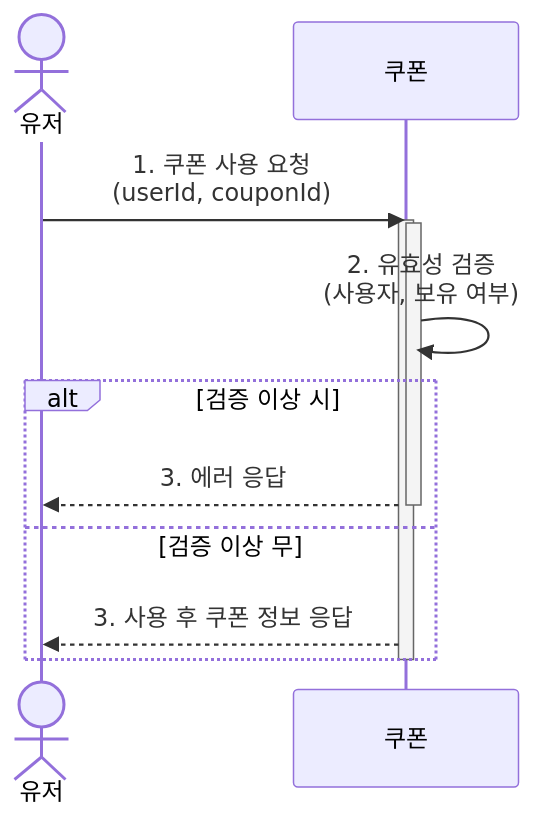
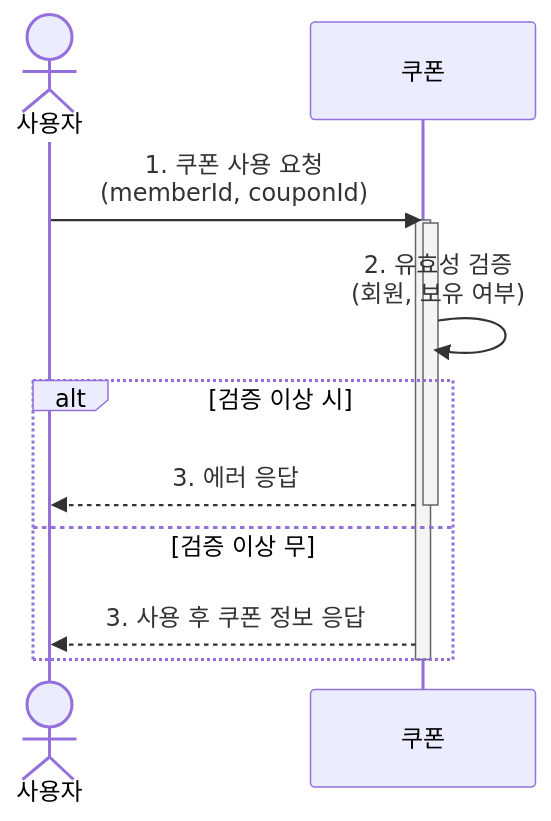
One commit to psyoongsc/hhplus-ts-server changed diagram 11 of 15 in docs/sequence_diagram.md. Above: the diagram before and after it, drawn with Mermaid. The commit also changed other lines of this file, not shown here.

````diff
--- a/docs/sequence_diagram.md
+++ b/docs/sequence_diagram.md
@@ -215,20 +215,20 @@
         ```mermaid
         sequenceDiagram
-        	actor User as 유저
+        	actor User as 사용자
         	participant Coupon as 쿠폰
         
-            User->>Coupon: 1. 쿠폰 사용 요청<br/>(userId, couponId)
+            User->>Coupon: 1. 쿠폰 사용 요청<br/>(memberId, couponId)
             Activate Coupon
         
             Activate Coupon
-            Coupon->>Coupon: 2. 유효성 검증<br/>(사용자, 보유 여부)
+            Coupon->>Coupon: 2. 유효성 검증<br/>(회원, 보유 여부)
         
             alt 검증 이상 시
                 Coupon-->>User: 3. 에러 응답
             Deactivate Coupon
             else 검증 이상 무
                 Coupon-->>User: 3. 사용 후 쿠폰 정보 응답
             End
             
             Deactivate Coupon
         ```
````
